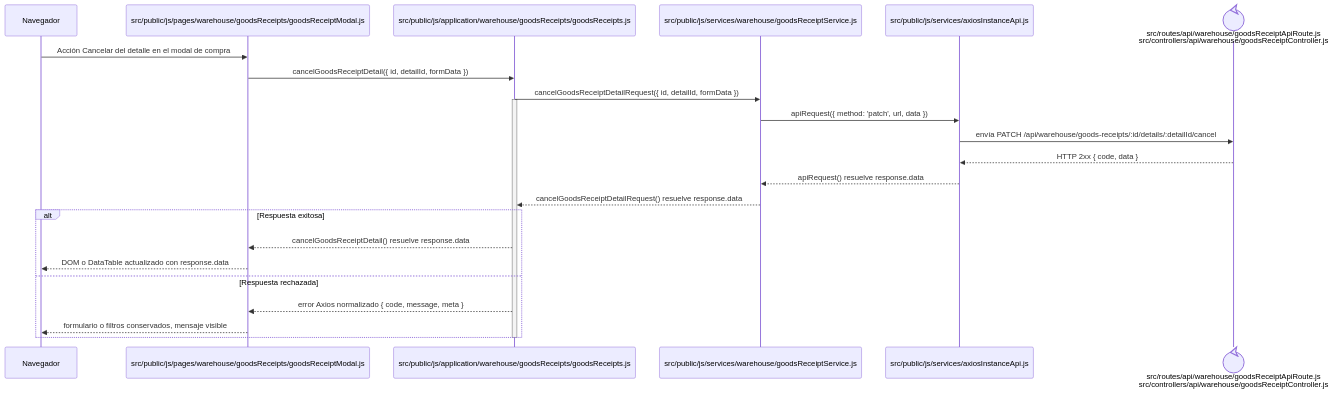
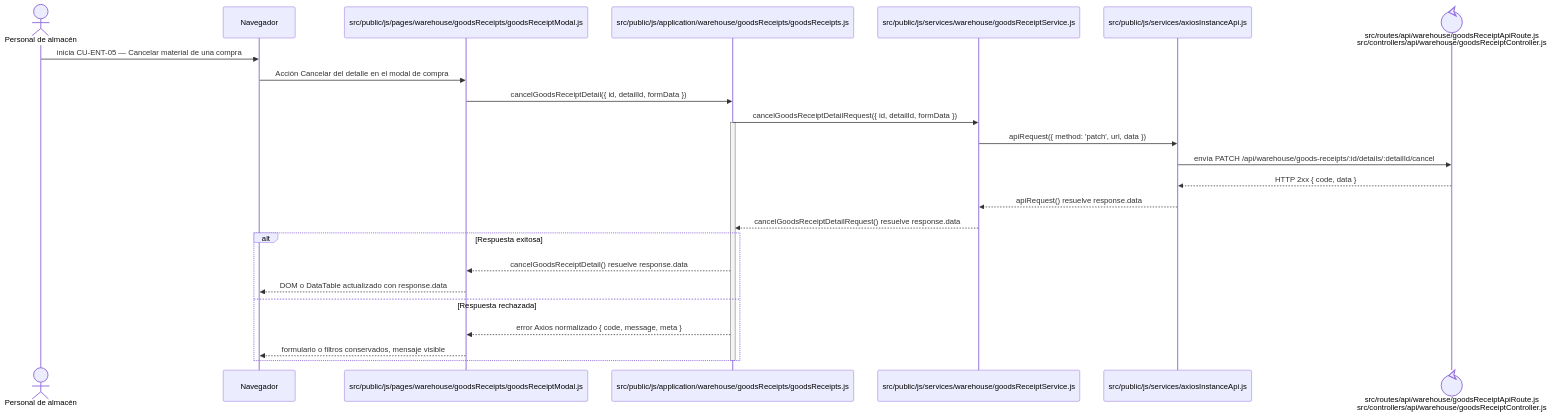
The diagram in docs/architecture/frontend-code-sequences/purchases/cu-ent-05.md (gpgsistemas01/nexus), drawn with Mermaid before and after one commit. The commit also changed 105 other files, not shown here.

````diff
--- a/docs/architecture/frontend-code-sequences/purchases/cu-ent-05.md
+++ b/docs/architecture/frontend-code-sequences/purchases/cu-ent-05.md
@@ -6,27 +6,29 @@
 ```mermaid
 sequenceDiagram
+    actor Initiator as Personal de almacén
     participant Browser as Navegador
     participant View as src/public/js/pages/warehouse/goodsReceipts/goodsReceiptModal.js
     participant Application as src/public/js/application/warehouse/goodsReceipts/goodsReceipts.js
     participant Request as src/public/js/services/warehouse/goodsReceiptService.js
     participant HTTP as src/public/js/services/axiosInstanceApi.js
     participant Transport@{ "type": "control" } as src/routes/api/warehouse/goodsReceiptApiRoute.js<br/>src/controllers/api/warehouse/goodsReceiptController.js
 
+    Initiator->>Browser: inicia CU-ENT-05 — Cancelar material de una compra
     Browser->>View: Acción Cancelar del detalle en el modal de compra
     View->>Application: cancelGoodsReceiptDetail({ id, detailId, formData })
     Application->>Request: cancelGoodsReceiptDetailRequest({ id, detailId, formData })
     activate Application
     Request->>HTTP: apiRequest({ method: 'patch', url, data })
     HTTP->>Transport: envía PATCH /api/warehouse/goods-receipts/:id/details/:detailId/cancel
     Transport-->>HTTP: HTTP 2xx { code, data }
     HTTP-->>Request: apiRequest() resuelve response.data
     Request-->>Application: cancelGoodsReceiptDetailRequest() resuelve response.data
     alt Respuesta exitosa
         Application-->>View: cancelGoodsReceiptDetail() resuelve response.data
         View-->>Browser: DOM o DataTable actualizado con response.data
     else Respuesta rechazada
         Application-->>View: error Axios normalizado { code, message, meta }
         View-->>Browser: formulario o filtros conservados, mensaje visible
     end
     deactivate Application
 ```
````
